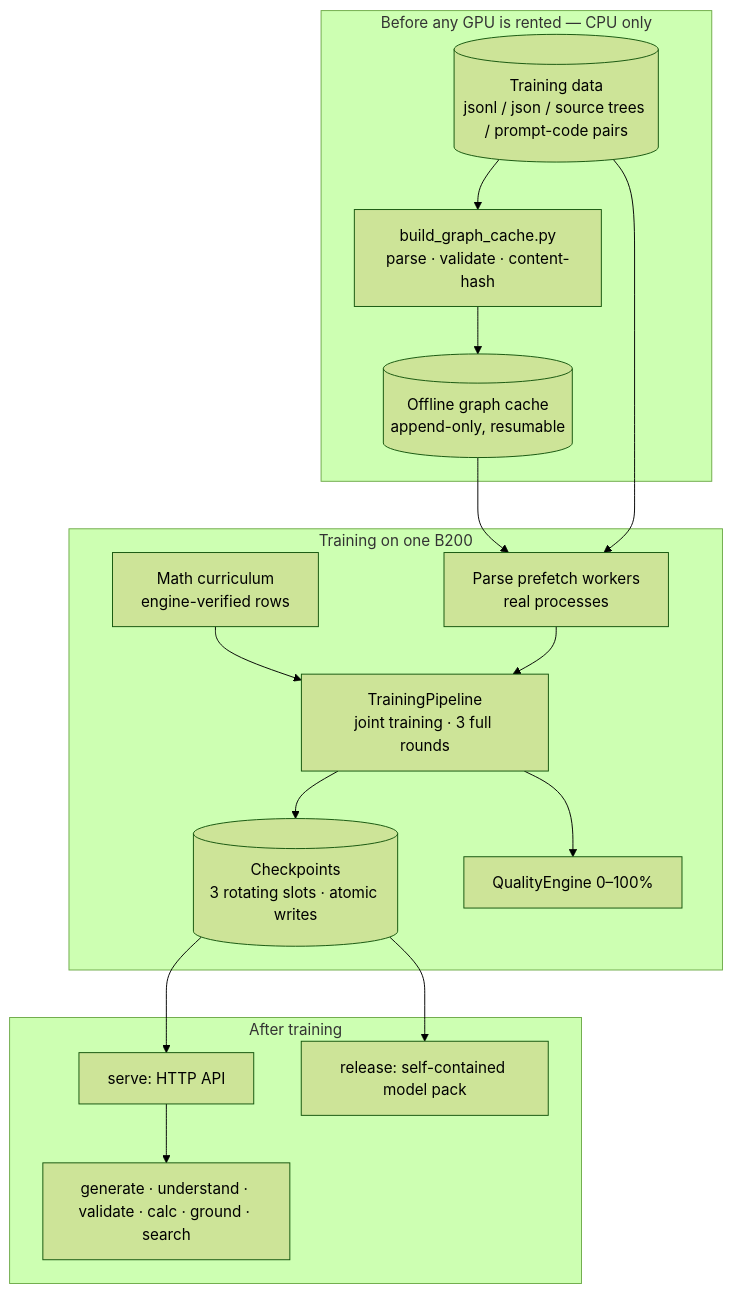
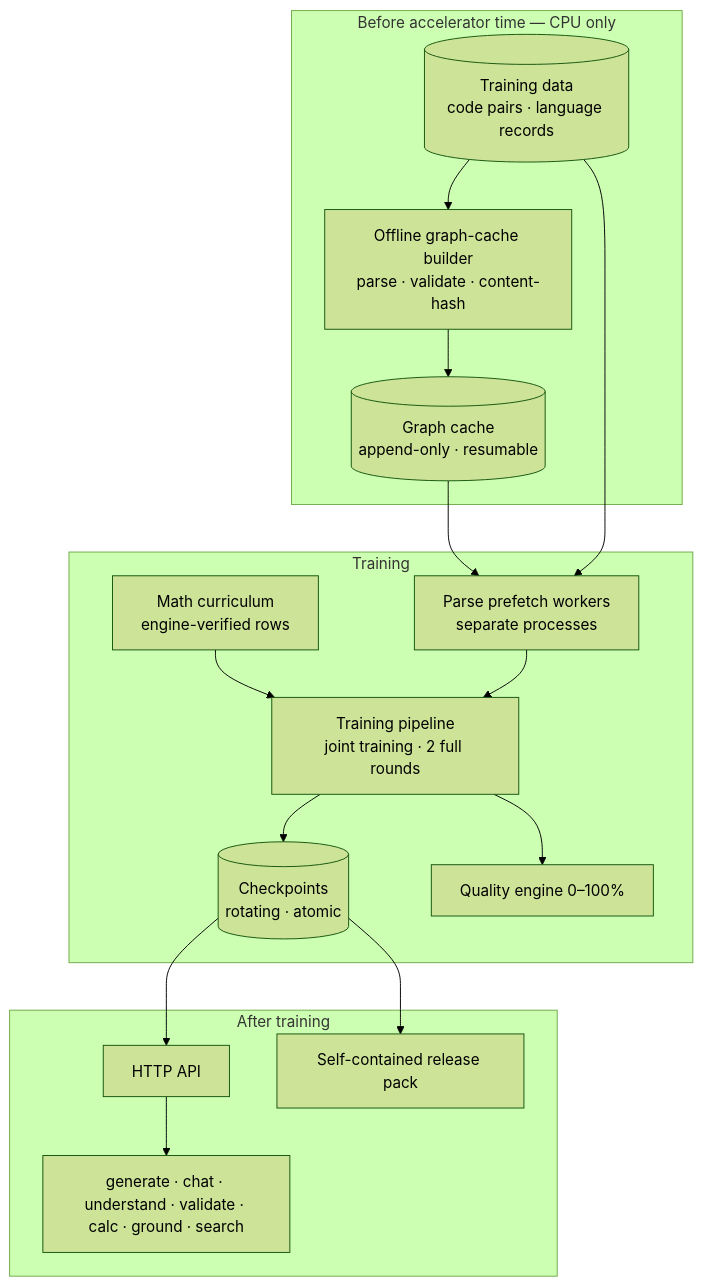
Before and after one commit to ATECTechnologies/Graph-Language-Assistant: the first of 5 diagrams in README.md, drawn with Mermaid (forest theme). The commit also changed other lines of this file, not shown here.

````diff
--- a/README.md
+++ b/README.md
@@ -93,20 +102,20 @@
 ```mermaid
 flowchart TB
-    subgraph PREP[Before any GPU is rented — CPU only]
-      D[(Training data<br/>jsonl / json / source trees / prompt-code pairs)] --> BGC[build_graph_cache.py<br/>parse · validate · content-hash]
-      BGC --> GC[(Offline graph cache<br/>append-only, resumable)]
+    subgraph PREP[Before accelerator time — CPU only]
+      D[(Training data<br/>code pairs · language records)] --> BGC[Offline graph-cache builder<br/>parse · validate · content-hash]
+      BGC --> GC[(Graph cache<br/>append-only · resumable)]
     end
-    subgraph TRAIN[Training on one B200]
-      GC --> PF[Parse prefetch workers<br/>real processes]
+    subgraph TRAIN[Training]
+      GC --> PF[Parse prefetch workers<br/>separate processes]
       D --> PF
       MC[Math curriculum<br/>engine-verified rows] --> PIPE
-      PF --> PIPE[TrainingPipeline<br/>joint training · 3 full rounds]
-      PIPE --> CK[(Checkpoints<br/>3 rotating slots · atomic writes)]
-      PIPE --> Q[QualityEngine 0–100%]
+      PF --> PIPE[Training pipeline<br/>joint training · 2 full rounds]
+      PIPE --> CK[(Checkpoints<br/>rotating · atomic)]
+      PIPE --> Q[Quality engine 0–100%]
     end
     subgraph SERVE[After training]
-      CK --> API[serve: HTTP API]
-      CK --> REL[release: self-contained model pack]
-      API --> GEN[generate · understand · validate · calc · ground · search]
+      CK --> API[HTTP API]
+      CK --> REL[Self-contained release pack]
+      API --> GEN[generate · chat · understand · validate · calc · ground · search]
     end
 ```
````
